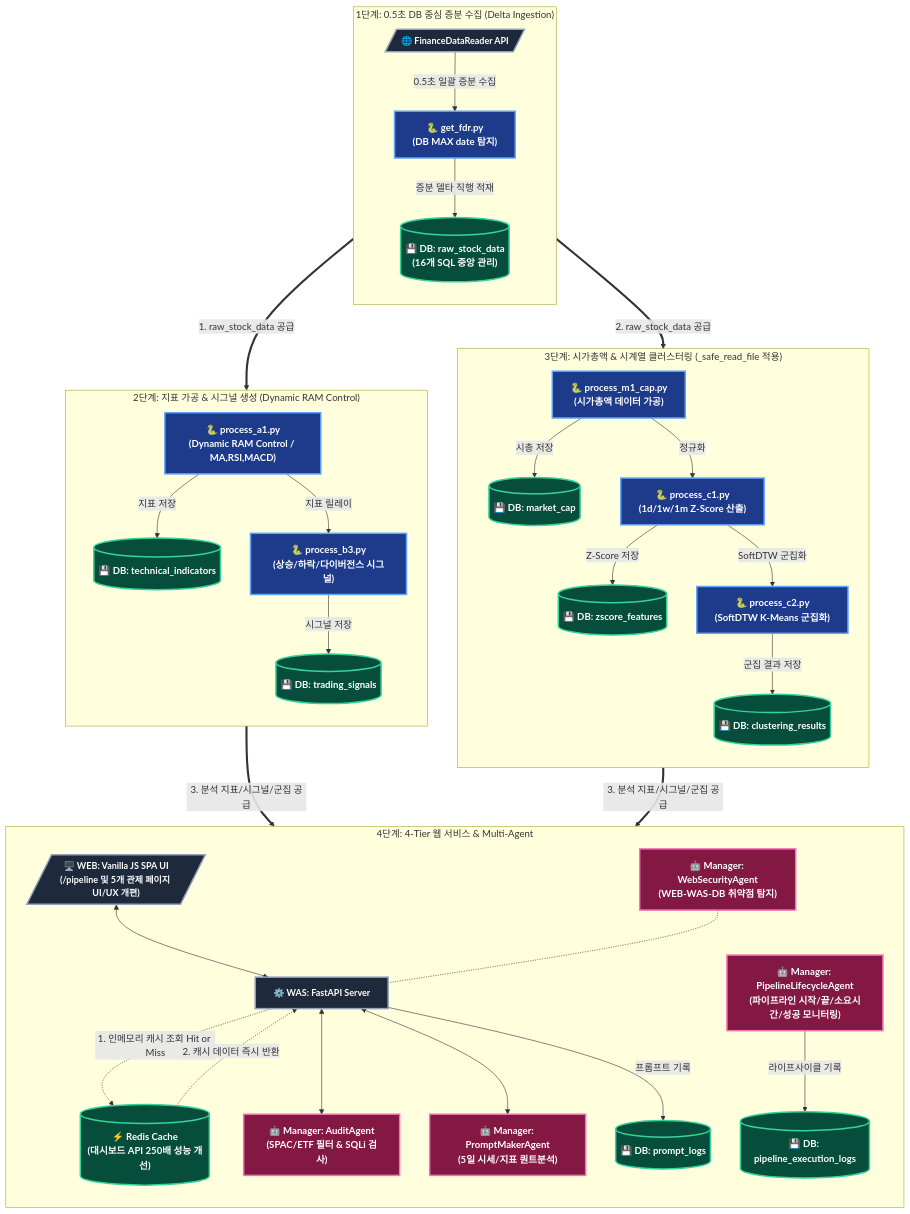
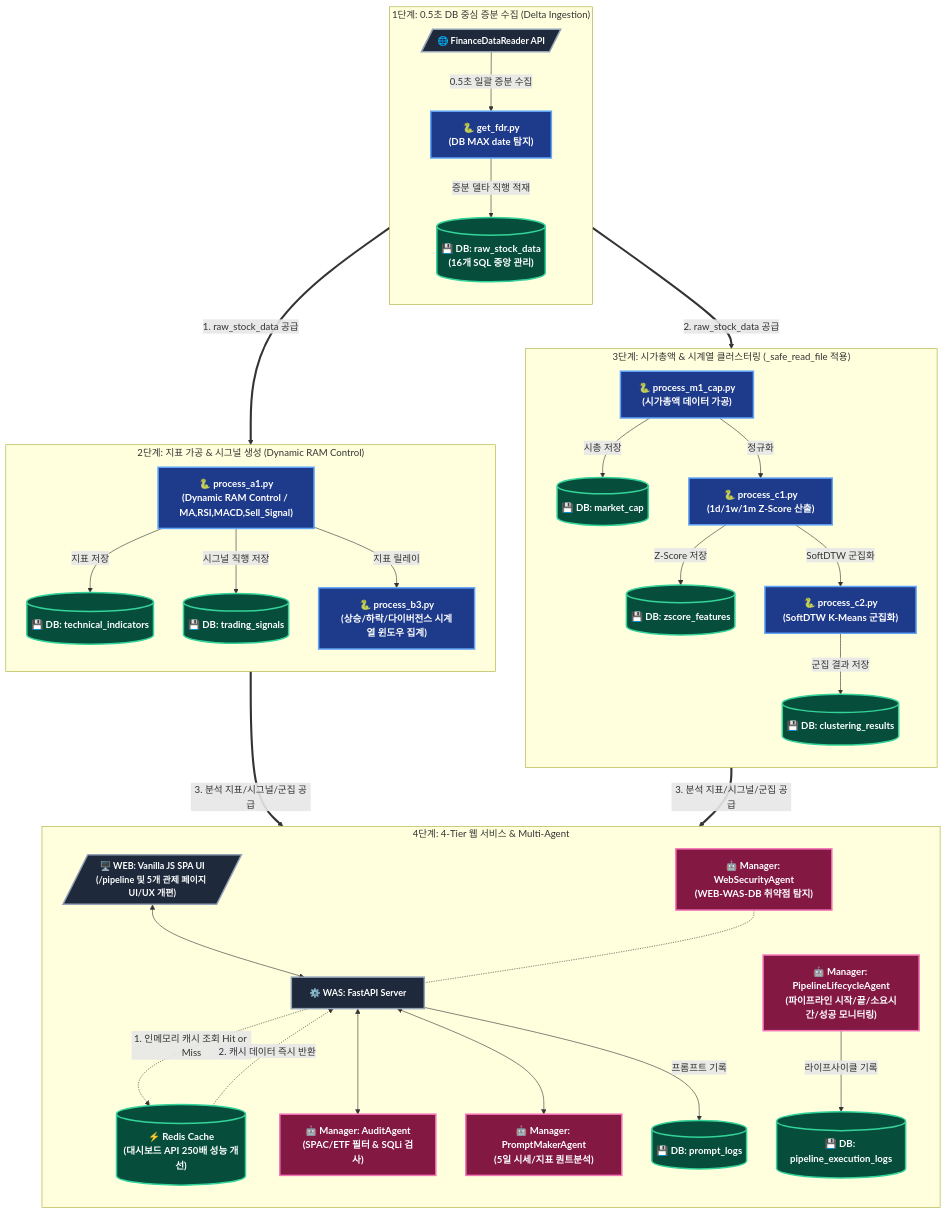
One commit to hugingstar/ggeolmu changed the first of 2 diagrams in README.md. Above: the diagram before and after it, drawn with Mermaid. The commit also changed 3 other files, not shown here.

Commit message:
Remove Manip_Buy_Signal and update signal diagram

````diff
--- a/README.md
+++ b/README.md
@@ -14,61 +14,61 @@
 ```mermaid
 flowchart TD
     %% 수직 순차 흐름 및 큼직한 폰트(16px, bold) 스타일 정의
     classDef pythonEngine fill:#1e3a8a,stroke:#60a5fa,stroke-width:2.5px,color:#ffffff,font-size:16px,font-weight:bold;
     classDef dbStorage fill:#064e3b,stroke:#34d399,stroke-width:2.5px,color:#ffffff,font-size:16px,font-weight:bold;
     classDef agentManager fill:#831843,stroke:#f472b6,stroke-width:2.5px,color:#ffffff,font-size:16px,font-weight:bold;
     classDef webServer fill:#1e293b,stroke:#94a3b8,stroke-width:2.5px,color:#ffffff,font-size:15px,font-weight:bold;
 
     %% 1단계: DB 중심 초고속 증분 수집 및 DB 직행 적재
     subgraph Step1 ["1단계: 0.5초 DB 중심 증분 수집 (Delta Ingestion)"]
         direction TB
         FDR[/"🌐 FinanceDataReader API"/] -->|0.5초 일괄 증분 수집| GetFDR["🐍 get_fdr.py<br>(DB MAX date 탐지)"]
         GetFDR -->|증분 델타 직행 적재| DB_Raw[("💾 DB: raw_stock_data<br>(16개 SQL 중앙 관리)")]
     end
 
     %% 2단계: 기술적 지표 및 시그널 연산
     subgraph Step2 ["2단계: 지표 가공 & 시그널 생성 (Dynamic RAM Control)"]
         direction TB
-        ProcessA1["🐍 process_a1.py<br>(Dynamic RAM Control / MA,RSI,MACD)"] -->|지표 저장| DB_Tech[("💾 DB: technical_indicators")]
-        ProcessA1 -->|지표 릴레이| ProcessB3["🐍 process_b3.py<br>(상승/하락/다이버전스 시그널)"]
-        ProcessB3 -->|시그널 저장| DB_Signal[("💾 DB: trading_signals")]
+        ProcessA1["🐍 process_a1.py<br>(Dynamic RAM Control / MA,RSI,MACD,Sell_Signal)"] -->|지표 저장| DB_Tech[("💾 DB: technical_indicators")]
+        ProcessA1 -->|시그널 직행 저장| DB_Signal[("💾 DB: trading_signals")]
+        ProcessA1 -->|지표 릴레이| ProcessB3["🐍 process_b3.py<br>(상승/하락/다이버전스 시계열 윈도우 집계)"]
     end
 
     %% 3단계: 시계열 클러스터링
     subgraph Step3 ["3단계: 시가총액 & 시계열 클러스터링 (_safe_read_file 적용)"]
         direction TB
         ProcessM1["🐍 process_m1_cap.py<br>(시가총액 데이터 가공)"] -->|시총 저장| DB_Cap[("💾 DB: market_cap")]
         ProcessM1 -->|정규화| ProcessC1["🐍 process_c1.py<br>(1d/1w/1m Z-Score 산출)"]
         ProcessC1 -->|Z-Score 저장| DB_ZScore[("💾 DB: zscore_features")]
         ProcessC1 -->|SoftDTW 군집화| ProcessC2["🐍 process_c2.py<br>(SoftDTW K-Means 군집화)"]
         ProcessC2 -->|군집 결과 저장| DB_Cluster[("💾 DB: clustering_results")]
     end
 
     %% 4단계: 4-Tier 웹 서비스 & 멀티 에이전트
     subgraph Step4 ["4단계: 4-Tier 웹 서비스 & Multi-Agent"]
         direction TB
         UI[/"🖥️ WEB: Vanilla JS SPA UI<br>(/pipeline 및 5개 관제 페이지 UI/UX 개편)"/] <--> WAS["⚙️ WAS: FastAPI Server"]
         
         %% Redis Cache Layer 명시
         WAS -.->|1. 인메모리 캐시 조회 Hit or Miss| RedisCache[("⚡ Redis Cache<br>(대시보드 API 250배 성능 개선)")]
         RedisCache -.->|2. 캐시 데이터 즉시 반환| WAS
         
         WAS <--> Audit["🤖 Manager: AuditAgent<br>(SPAC/ETF 필터 & SQLi 검사)"]
         WAS <--> PromptAgent["🤖 Manager: PromptMakerAgent<br>(5일 시세/지표 퀀트분석)"]
         WAS -->|프롬프트 기록| DB_Logs[("💾 DB: prompt_logs")]
         
         PipeAgent["🤖 Manager: PipelineLifecycleAgent<br>(파이프라인 시작/끝/소요시간/성공 모니터링)"] -->|라이프사이클 기록| DB_PipeLogs[("💾 DB: pipeline_execution_logs")]
         SecAgent["🤖 Manager: WebSecurityAgent<br>(WEB-WAS-DB 취약점 탐지)"] -.- WAS
     end
 
     %% [위에서 아래로 이어지는 수직 메인 데이터 흐름선]
     Step1 ==>|1. raw_stock_data 공급| Step2
     Step1 ==>|2. raw_stock_data 공급| Step3
     Step2 & Step3 ==>|3. 분석 지표/시그널/군집 공급| Step4
 
     %% 노드 스타일 지정 (.py: 파란색, DB: 녹색, 에이전트: 핑크, Web/WAS: 슬레이트)
     class GetFDR,ProcessA1,ProcessB3,ProcessM1,ProcessC1,ProcessC2 pythonEngine;
     class DB_Raw,DB_Tech,DB_Signal,DB_Cap,DB_ZScore,DB_Cluster,DB_Logs,DB_PipeLogs,RedisCache dbStorage;
     class Audit,PromptAgent,PipeAgent,SecAgent agentManager;
     class UI,WAS,FDR webServer;
 ```
````
